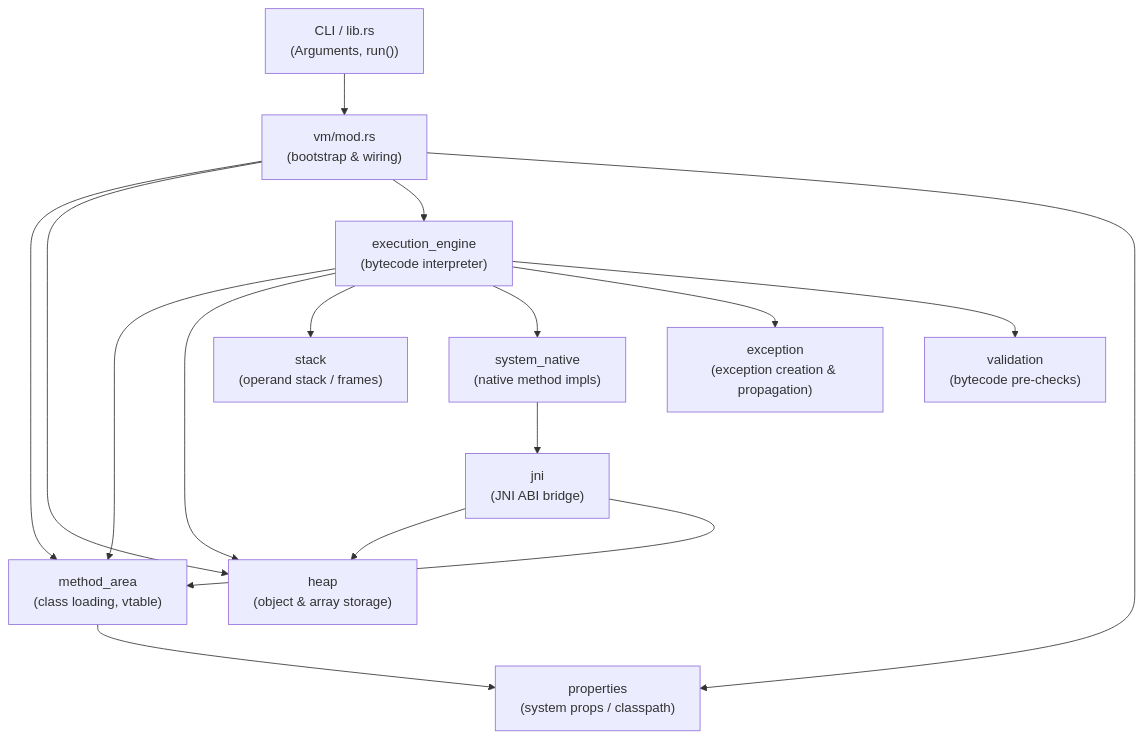
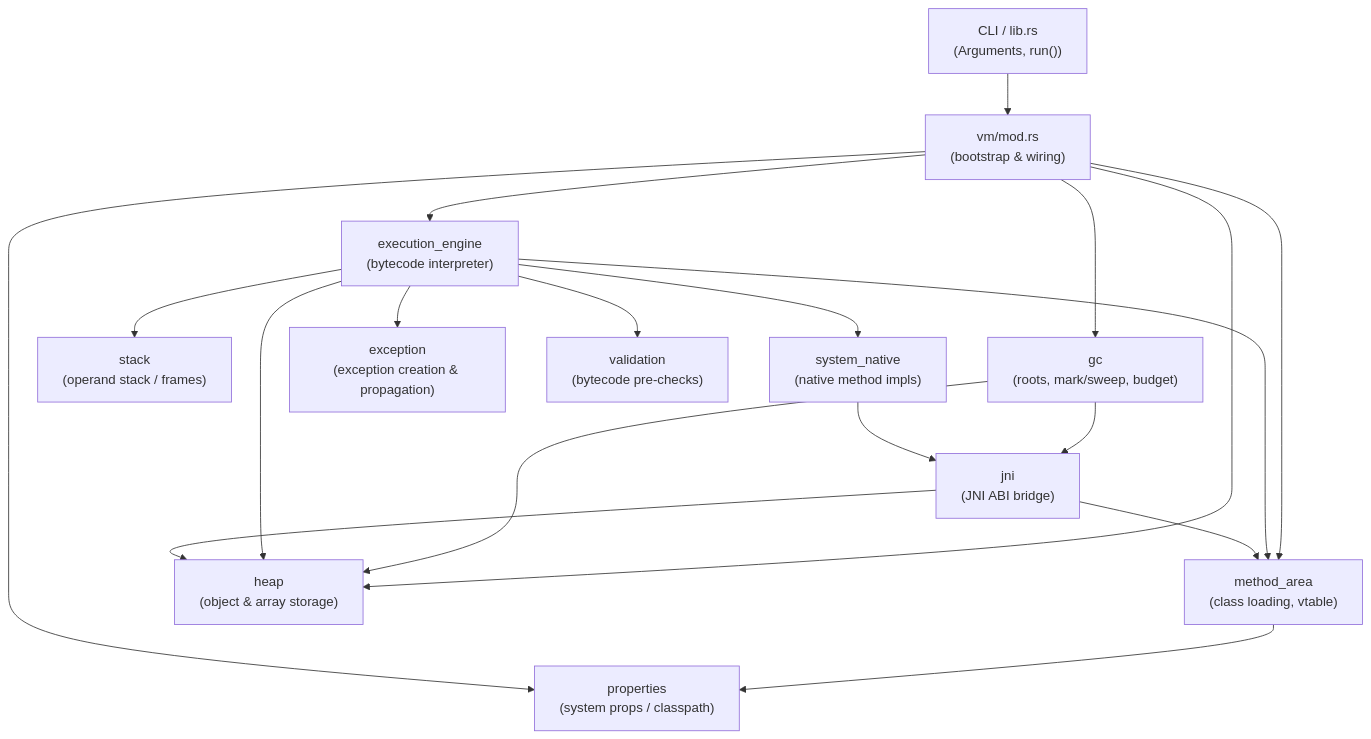
One commit to hextriclosan/rusty-jvm changed the first of 6 diagrams in docs/architecture.md. Above: the diagram before and after it, drawn with Mermaid. The commit also changed other lines of this file and 8 other files, not shown here.

````diff
--- a/docs/architecture.md
+++ b/docs/architecture.md
@@ -13,30 +13,34 @@
 ```mermaid
 graph TD
     CLI["CLI / lib.rs<br/>(Arguments, run())"]
     VM["vm/mod.rs<br/>(bootstrap & wiring)"]
     MA["method_area<br/>(class loading, vtable)"]
     HEAP["heap<br/>(object & array storage)"]
+    GC["gc<br/>(roots, mark/sweep, budget)"]
     EE["execution_engine<br/>(bytecode interpreter)"]
     STACK["stack<br/>(operand stack / frames)"]
     JNI["jni<br/>(JNI ABI bridge)"]
     SN["system_native<br/>(native method impls)"]
     PROPS["properties<br/>(system props / classpath)"]
     EXC["exception<br/>(exception creation & propagation)"]
     VALID["validation<br/>(bytecode pre-checks)"]
 
     CLI --> VM
     VM --> MA
     VM --> HEAP
+    VM --> GC
+    GC --> HEAP
+    GC --> JNI
     VM --> EE
     EE --> MA
     EE --> HEAP
     EE --> STACK
     EE --> SN
     EE --> EXC
     SN --> JNI
     JNI --> HEAP
     JNI --> MA
     MA --> PROPS
     VM --> PROPS
     EE --> VALID
 ```
````
